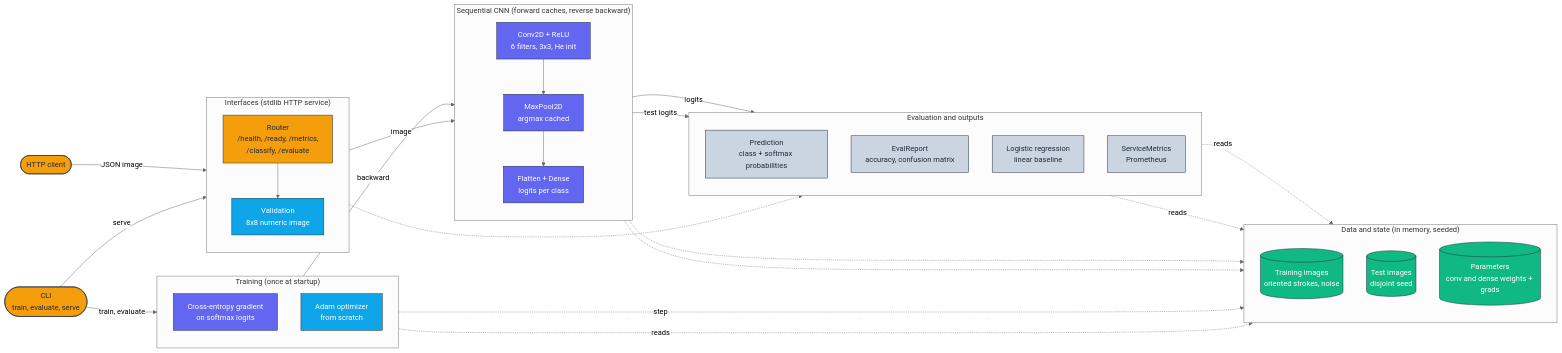
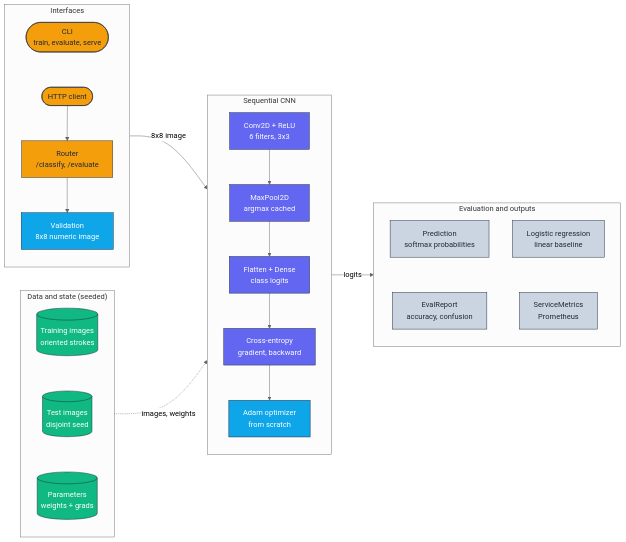
The diagram in docs/architecture/architecture.mmd (adeoluo/cnn-from-scratch), drawn with Mermaid (neutral theme) before and after one commit. The commit also changed 1 other file, not shown here.

Commit message:
docs: compact horizontal architecture diagram

```diff
--- a/docs/architecture/architecture.mmd
+++ b/docs/architecture/architecture.mmd
@@ -1,61 +1,47 @@
 flowchart LR
     classDef edge     fill:#F59E0B,stroke:#1E293B,color:#1E293B,stroke-width:1px;
     classDef core     fill:#6366F1,stroke:#1E293B,color:#ffffff,stroke-width:1px;
     classDef data     fill:#10B981,stroke:#1E293B,color:#ffffff,stroke-width:1px;
     classDef control  fill:#0EA5E9,stroke:#1E293B,color:#ffffff,stroke-width:1px;
     classDef obs      fill:#CBD5E1,stroke:#1E293B,color:#1E293B,stroke-width:1px;
 
-    Client(["HTTP client"]):::edge
-    CLI(["CLI<br/>train, evaluate, serve"]):::edge
-
-    subgraph Interfaces["Interfaces (stdlib HTTP service)"]
+    subgraph Interfaces["Interfaces"]
         direction TB
-        Router["Router<br/>/health, /ready, /metrics,<br/>/classify, /evaluate"]:::edge
+        Client([HTTP client]):::edge
+        CLI(["CLI<br/>train, evaluate, serve"]):::edge
+        Router["Router<br/>/classify, /evaluate"]:::edge
         Validate["Validation<br/>8x8 numeric image"]:::control
+        CLI ~~~ Client --> Router --> Validate
     end
 
-    subgraph Training["Training (once at startup)"]
+    subgraph State["Data and state (seeded)"]
         direction TB
-        Loss["Cross-entropy gradient<br/>on softmax logits"]:::core
-        Adam["Adam optimizer<br/>from scratch"]:::control
+        TrainData[("Training images<br/>oriented strokes")]:::data
+        TestData[("Test images<br/>disjoint seed")]:::data
+        Params[("Parameters<br/>weights + grads")]:::data
+        TrainData ~~~ TestData ~~~ Params
     end
 
-    subgraph Net["Sequential CNN (forward caches, reverse backward)"]
+    subgraph Core["Sequential CNN"]
         direction TB
-        Conv["Conv2D + ReLU<br/>6 filters, 3x3, He init"]:::core
+        Conv["Conv2D + ReLU<br/>6 filters, 3x3"]:::core
         Pool["MaxPool2D<br/>argmax cached"]:::core
-        Dense["Flatten + Dense<br/>logits per class"]:::core
+        Dense["Flatten + Dense<br/>class logits"]:::core
+        Loss["Cross-entropy<br/>gradient, backward"]:::core
+        Adam["Adam optimizer<br/>from scratch"]:::control
+        Conv --> Pool --> Dense --> Loss --> Adam
     end
 
-    subgraph State["Data and state (in memory, seeded)"]
+    subgraph Obs["Evaluation and outputs"]
         direction TB
-        TrainData[("Training images<br/>oriented strokes, noise")]:::data
-        TestData[("Test images<br/>disjoint seed")]:::data
-        Params[("Parameters<br/>conv and dense weights + grads")]:::data
+        Probs["Prediction<br/>softmax probabilities"]:::obs
+        Report["EvalReport<br/>accuracy, confusion"]:::obs
+        Baseline["Logistic regression<br/>linear baseline"]:::obs
+        Metrics["ServiceMetrics<br/>Prometheus"]:::obs
+        Probs ~~~ Report
+        Baseline ~~~ Metrics
     end
 
-    subgraph Evaluation["Evaluation and outputs"]
-        direction TB
-        Probs["Prediction<br/>class + softmax probabilities"]:::obs
-        Report["EvalReport<br/>accuracy, confusion matrix"]:::obs
-        Baseline["Logistic regression<br/>linear baseline"]:::obs
-        Metrics["ServiceMetrics<br/>Prometheus"]:::obs
-    end
-
-    Client -->|JSON image| Router
-    CLI -->|serve| Router
-    CLI -->|train, evaluate| Loss
-    Router --> Validate
-    Validate -->|image| Conv
-    Loss -->|backward| Conv
-    Adam -.->|step| Params
-    Conv --> Pool
-    Pool --> Dense
-    Conv -.-> Params
-    Dense -.-> Params
-    Loss -.->|reads| TrainData
-    Dense -->|logits| Probs
-    Dense -->|test logits| Report
-    Report -.->|reads| TestData
-    Baseline -.->|reads| TestData
-    Router -.-> Metrics
+    Interfaces -->|8x8 image| Core
+    State -.->|images, weights| Core
+    Core -->|logits| Obs
```
